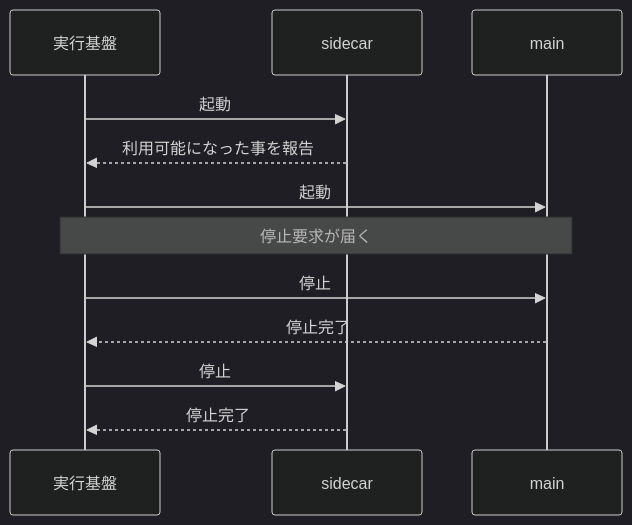
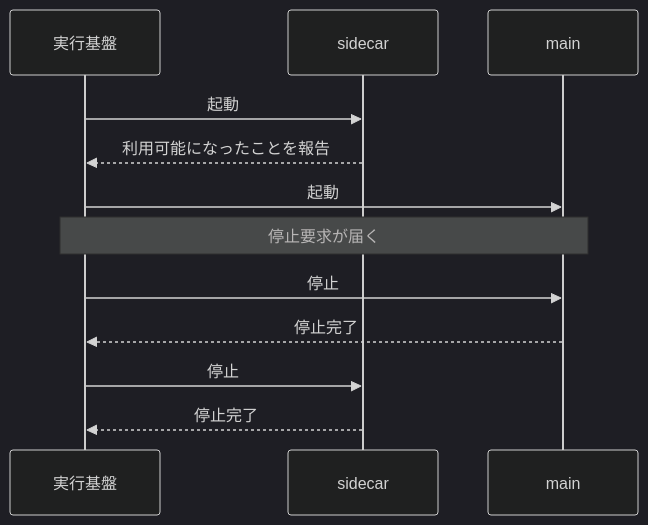
One commit to nao1215/debimate changed the fourth of 4 diagrams in content/notes/software-architecture/sidecar/index.md. Above: the diagram before and after it, drawn with Mermaid (dark theme). The commit also changed other lines of this file and 56 other files, not shown here.

````diff
--- a/content/notes/software-architecture/sidecar/index.md
+++ b/content/notes/software-architecture/sidecar/index.md
@@ -117,14 +117,14 @@
 ```mermaid
 sequenceDiagram
     participant R as 実行基盤
     participant S as sidecar
     participant M as main
     R->>S: 起動
-    S-->>R: 利用可能になった事を報告
+    S-->>R: 利用可能になったことを報告
     R->>M: 起動
     Note over R,M: 停止要求が届く
     R->>M: 停止
     M-->>R: 停止完了
     R->>S: 停止
     S-->>R: 停止完了
 ```
````
